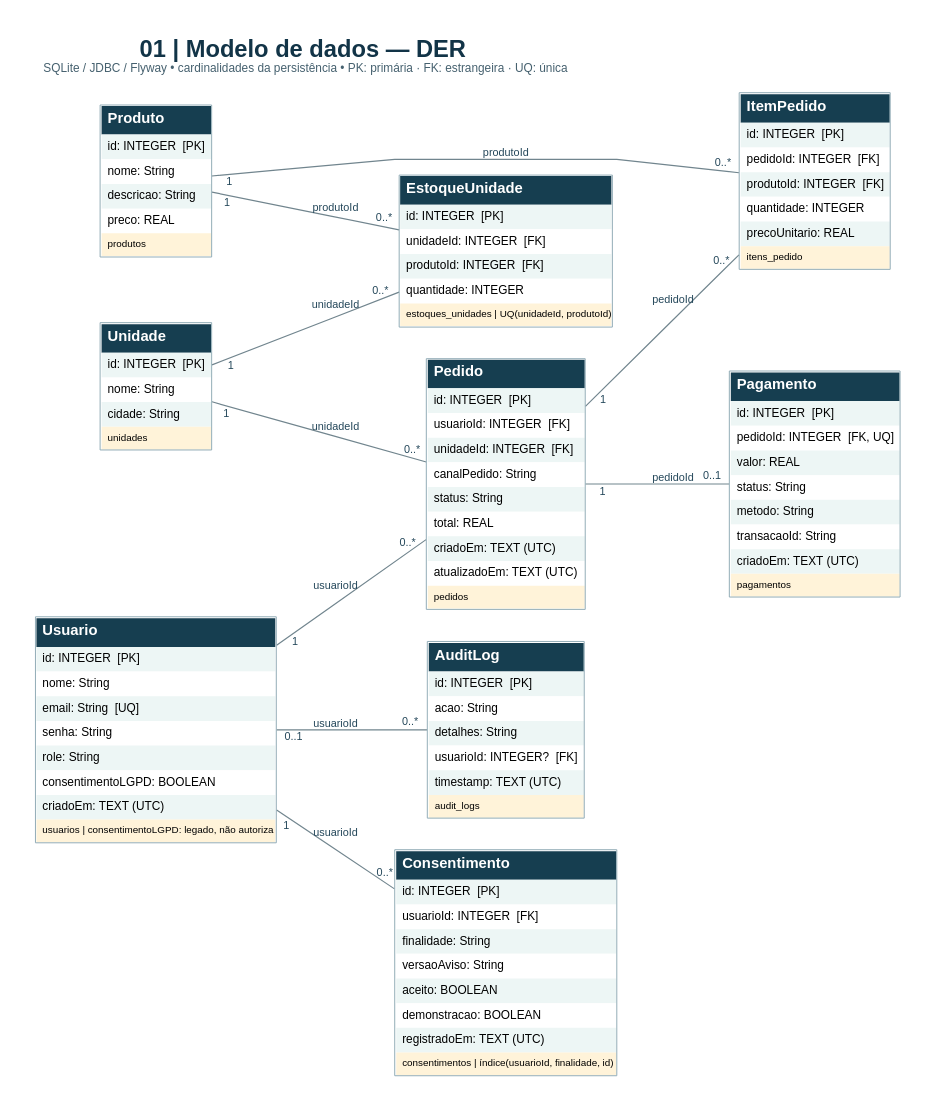
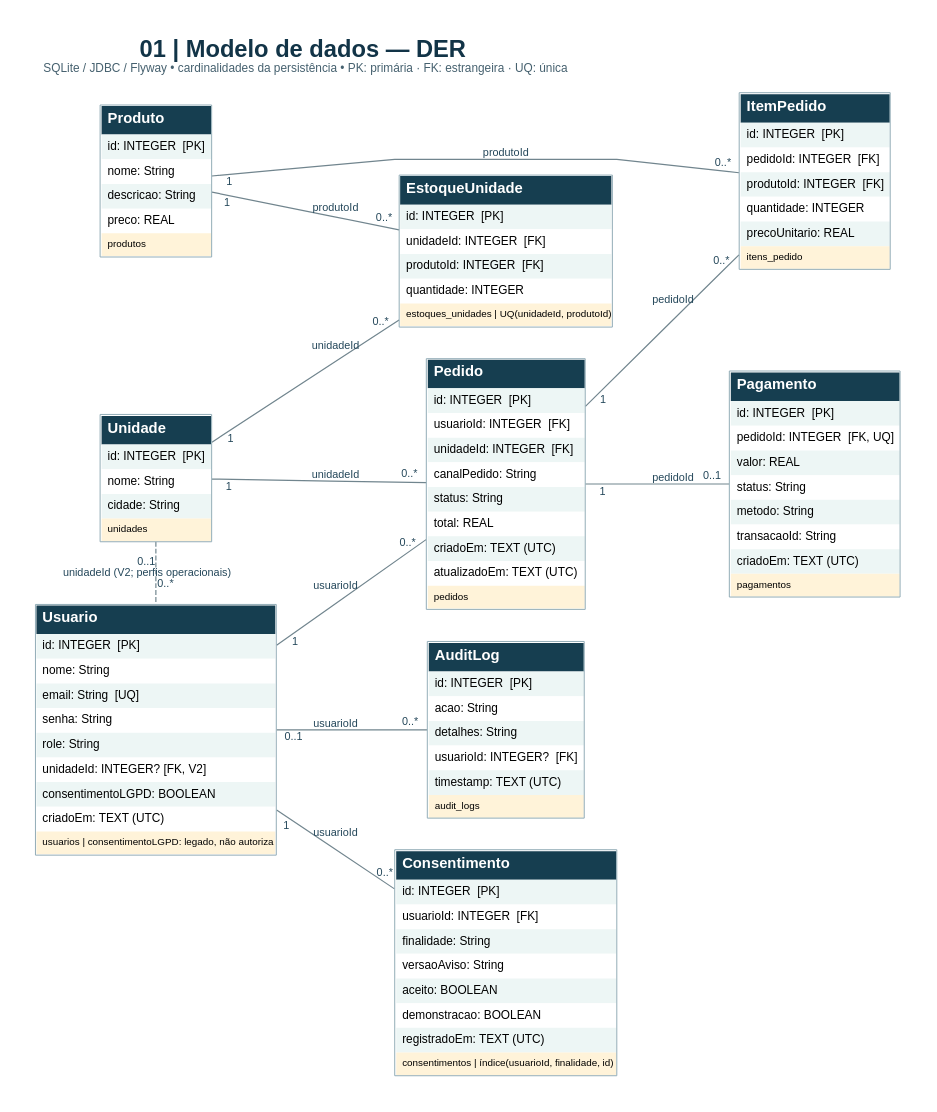
The diagram in docs/diagramas/01_der.dot (angelicafolgado/raizes-do-nordeste), drawn with Graphviz before and after one commit. The commit also changed 30 other files, not shown here.

```diff
--- a/docs/diagramas/01_der.dot
+++ b/docs/diagramas/01_der.dot
@@ -1,26 +1,27 @@
 digraph G {
 graph [rankdir=LR, bgcolor="white", pad="0.4", nodesep="0.45", ranksep="1.0", splines=polyline, outputorder=edgesfirst, fontname="Arial", labelloc=t, labeljust=l, label=<<FONT POINT-SIZE="24" COLOR="#123447"><B>01 | Modelo de dados — DER</B></FONT><BR/><FONT POINT-SIZE="12" COLOR="#46616f">SQLite / JDBC / Flyway • cardinalidades da persistência • PK: primária · FK: estrangeira · UQ: única</FONT><BR/><BR/>>];
 node [shape=plain, fontname="Arial", fontsize=12];
 edge [fontname="Arial", fontsize=11, color="#71858e", fontcolor="#24475a", penwidth=1.2, arrowsize=0.7];
-Usuario [label=<<TABLE BORDER="1" COLOR="#92acb6" CELLBORDER="0" CELLSPACING="0" CELLPADDING="6"><TR><TD ALIGN="LEFT" BGCOLOR="#163e50"><FONT COLOR="white" POINT-SIZE="15"><B>Usuario</B></FONT></TD></TR><TR><TD ALIGN="LEFT" BGCOLOR="#edf6f5">id: INTEGER  [PK]</TD></TR><TR><TD ALIGN="LEFT" BGCOLOR="#ffffff">nome: String</TD></TR><TR><TD ALIGN="LEFT" BGCOLOR="#edf6f5">email: String  [UQ]</TD></TR><TR><TD ALIGN="LEFT" BGCOLOR="#ffffff">senha: String</TD></TR><TR><TD ALIGN="LEFT" BGCOLOR="#edf6f5">role: String</TD></TR><TR><TD ALIGN="LEFT" BGCOLOR="#ffffff">consentimentoLGPD: BOOLEAN</TD></TR><TR><TD ALIGN="LEFT" BGCOLOR="#edf6f5">criadoEm: TEXT (UTC)</TD></TR><TR><TD ALIGN="LEFT" BGCOLOR="#fff3d9"><FONT POINT-SIZE="10">usuarios | consentimentoLGPD: legado, não autoriza</FONT></TD></TR></TABLE>>];
+Usuario [label=<<TABLE BORDER="1" COLOR="#92acb6" CELLBORDER="0" CELLSPACING="0" CELLPADDING="6"><TR><TD ALIGN="LEFT" BGCOLOR="#163e50"><FONT COLOR="white" POINT-SIZE="15"><B>Usuario</B></FONT></TD></TR><TR><TD ALIGN="LEFT" BGCOLOR="#edf6f5">id: INTEGER  [PK]</TD></TR><TR><TD ALIGN="LEFT" BGCOLOR="#ffffff">nome: String</TD></TR><TR><TD ALIGN="LEFT" BGCOLOR="#edf6f5">email: String  [UQ]</TD></TR><TR><TD ALIGN="LEFT" BGCOLOR="#ffffff">senha: String</TD></TR><TR><TD ALIGN="LEFT" BGCOLOR="#edf6f5">role: String</TD></TR><TR><TD ALIGN="LEFT" BGCOLOR="#ffffff">unidadeId: INTEGER? [FK, V2]</TD></TR><TR><TD ALIGN="LEFT" BGCOLOR="#edf6f5">consentimentoLGPD: BOOLEAN</TD></TR><TR><TD ALIGN="LEFT" BGCOLOR="#ffffff">criadoEm: TEXT (UTC)</TD></TR><TR><TD ALIGN="LEFT" BGCOLOR="#fff3d9"><FONT POINT-SIZE="10">usuarios | consentimentoLGPD: legado, não autoriza</FONT></TD></TR></TABLE>>];
 Unidade [label=<<TABLE BORDER="1" COLOR="#92acb6" CELLBORDER="0" CELLSPACING="0" CELLPADDING="6"><TR><TD ALIGN="LEFT" BGCOLOR="#163e50"><FONT COLOR="white" POINT-SIZE="15"><B>Unidade</B></FONT></TD></TR><TR><TD ALIGN="LEFT" BGCOLOR="#edf6f5">id: INTEGER  [PK]</TD></TR><TR><TD ALIGN="LEFT" BGCOLOR="#ffffff">nome: String</TD></TR><TR><TD ALIGN="LEFT" BGCOLOR="#edf6f5">cidade: String</TD></TR><TR><TD ALIGN="LEFT" BGCOLOR="#fff3d9"><FONT POINT-SIZE="10">unidades</FONT></TD></TR></TABLE>>];
 Produto [label=<<TABLE BORDER="1" COLOR="#92acb6" CELLBORDER="0" CELLSPACING="0" CELLPADDING="6"><TR><TD ALIGN="LEFT" BGCOLOR="#163e50"><FONT COLOR="white" POINT-SIZE="15"><B>Produto</B></FONT></TD></TR><TR><TD ALIGN="LEFT" BGCOLOR="#edf6f5">id: INTEGER  [PK]</TD></TR><TR><TD ALIGN="LEFT" BGCOLOR="#ffffff">nome: String</TD></TR><TR><TD ALIGN="LEFT" BGCOLOR="#edf6f5">descricao: String</TD></TR><TR><TD ALIGN="LEFT" BGCOLOR="#ffffff">preco: REAL</TD></TR><TR><TD ALIGN="LEFT" BGCOLOR="#fff3d9"><FONT POINT-SIZE="10">produtos</FONT></TD></TR></TABLE>>];
 EstoqueUnidade [label=<<TABLE BORDER="1" COLOR="#92acb6" CELLBORDER="0" CELLSPACING="0" CELLPADDING="6"><TR><TD ALIGN="LEFT" BGCOLOR="#163e50"><FONT COLOR="white" POINT-SIZE="15"><B>EstoqueUnidade</B></FONT></TD></TR><TR><TD ALIGN="LEFT" BGCOLOR="#edf6f5">id: INTEGER  [PK]</TD></TR><TR><TD ALIGN="LEFT" BGCOLOR="#ffffff">unidadeId: INTEGER  [FK]</TD></TR><TR><TD ALIGN="LEFT" BGCOLOR="#edf6f5">produtoId: INTEGER  [FK]</TD></TR><TR><TD ALIGN="LEFT" BGCOLOR="#ffffff">quantidade: INTEGER</TD></TR><TR><TD ALIGN="LEFT" BGCOLOR="#fff3d9"><FONT POINT-SIZE="10">estoques_unidades | UQ(unidadeId, produtoId)</FONT></TD></TR></TABLE>>];
 Pedido [label=<<TABLE BORDER="1" COLOR="#92acb6" CELLBORDER="0" CELLSPACING="0" CELLPADDING="6"><TR><TD ALIGN="LEFT" BGCOLOR="#163e50"><FONT COLOR="white" POINT-SIZE="15"><B>Pedido</B></FONT></TD></TR><TR><TD ALIGN="LEFT" BGCOLOR="#edf6f5">id: INTEGER  [PK]</TD></TR><TR><TD ALIGN="LEFT" BGCOLOR="#ffffff">usuarioId: INTEGER  [FK]</TD></TR><TR><TD ALIGN="LEFT" BGCOLOR="#edf6f5">unidadeId: INTEGER  [FK]</TD></TR><TR><TD ALIGN="LEFT" BGCOLOR="#ffffff">canalPedido: String</TD></TR><TR><TD ALIGN="LEFT" BGCOLOR="#edf6f5">status: String</TD></TR><TR><TD ALIGN="LEFT" BGCOLOR="#ffffff">total: REAL</TD></TR><TR><TD ALIGN="LEFT" BGCOLOR="#edf6f5">criadoEm: TEXT (UTC)</TD></TR><TR><TD ALIGN="LEFT" BGCOLOR="#ffffff">atualizadoEm: TEXT (UTC)</TD></TR><TR><TD ALIGN="LEFT" BGCOLOR="#fff3d9"><FONT POINT-SIZE="10">pedidos</FONT></TD></TR></TABLE>>];
 ItemPedido [label=<<TABLE BORDER="1" COLOR="#92acb6" CELLBORDER="0" CELLSPACING="0" CELLPADDING="6"><TR><TD ALIGN="LEFT" BGCOLOR="#163e50"><FONT COLOR="white" POINT-SIZE="15"><B>ItemPedido</B></FONT></TD></TR><TR><TD ALIGN="LEFT" BGCOLOR="#edf6f5">id: INTEGER  [PK]</TD></TR><TR><TD ALIGN="LEFT" BGCOLOR="#ffffff">pedidoId: INTEGER  [FK]</TD></TR><TR><TD ALIGN="LEFT" BGCOLOR="#edf6f5">produtoId: INTEGER  [FK]</TD></TR><TR><TD ALIGN="LEFT" BGCOLOR="#ffffff">quantidade: INTEGER</TD></TR><TR><TD ALIGN="LEFT" BGCOLOR="#edf6f5">precoUnitario: REAL</TD></TR><TR><TD ALIGN="LEFT" BGCOLOR="#fff3d9"><FONT POINT-SIZE="10">itens_pedido</FONT></TD></TR></TABLE>>];
 Pagamento [label=<<TABLE BORDER="1" COLOR="#92acb6" CELLBORDER="0" CELLSPACING="0" CELLPADDING="6"><TR><TD ALIGN="LEFT" BGCOLOR="#163e50"><FONT COLOR="white" POINT-SIZE="15"><B>Pagamento</B></FONT></TD></TR><TR><TD ALIGN="LEFT" BGCOLOR="#edf6f5">id: INTEGER  [PK]</TD></TR><TR><TD ALIGN="LEFT" BGCOLOR="#ffffff">pedidoId: INTEGER  [FK, UQ]</TD></TR><TR><TD ALIGN="LEFT" BGCOLOR="#edf6f5">valor: REAL</TD></TR><TR><TD ALIGN="LEFT" BGCOLOR="#ffffff">status: String</TD></TR><TR><TD ALIGN="LEFT" BGCOLOR="#edf6f5">metodo: String</TD></TR><TR><TD ALIGN="LEFT" BGCOLOR="#ffffff">transacaoId: String</TD></TR><TR><TD ALIGN="LEFT" BGCOLOR="#edf6f5">criadoEm: TEXT (UTC)</TD></TR><TR><TD ALIGN="LEFT" BGCOLOR="#fff3d9"><FONT POINT-SIZE="10">pagamentos</FONT></TD></TR></TABLE>>];
 AuditLog [label=<<TABLE BORDER="1" COLOR="#92acb6" CELLBORDER="0" CELLSPACING="0" CELLPADDING="6"><TR><TD ALIGN="LEFT" BGCOLOR="#163e50"><FONT COLOR="white" POINT-SIZE="15"><B>AuditLog</B></FONT></TD></TR><TR><TD ALIGN="LEFT" BGCOLOR="#edf6f5">id: INTEGER  [PK]</TD></TR><TR><TD ALIGN="LEFT" BGCOLOR="#ffffff">acao: String</TD></TR><TR><TD ALIGN="LEFT" BGCOLOR="#edf6f5">detalhes: String</TD></TR><TR><TD ALIGN="LEFT" BGCOLOR="#ffffff">usuarioId: INTEGER?  [FK]</TD></TR><TR><TD ALIGN="LEFT" BGCOLOR="#edf6f5">timestamp: TEXT (UTC)</TD></TR><TR><TD ALIGN="LEFT" BGCOLOR="#fff3d9"><FONT POINT-SIZE="10">audit_logs</FONT></TD></TR></TABLE>>];
 Consentimento [label=<<TABLE BORDER="1" COLOR="#92acb6" CELLBORDER="0" CELLSPACING="0" CELLPADDING="6"><TR><TD ALIGN="LEFT" BGCOLOR="#163e50"><FONT COLOR="white" POINT-SIZE="15"><B>Consentimento</B></FONT></TD></TR><TR><TD ALIGN="LEFT" BGCOLOR="#edf6f5">id: INTEGER  [PK]</TD></TR><TR><TD ALIGN="LEFT" BGCOLOR="#ffffff">usuarioId: INTEGER  [FK]</TD></TR><TR><TD ALIGN="LEFT" BGCOLOR="#edf6f5">finalidade: String</TD></TR><TR><TD ALIGN="LEFT" BGCOLOR="#ffffff">versaoAviso: String</TD></TR><TR><TD ALIGN="LEFT" BGCOLOR="#edf6f5">aceito: BOOLEAN</TD></TR><TR><TD ALIGN="LEFT" BGCOLOR="#ffffff">demonstracao: BOOLEAN</TD></TR><TR><TD ALIGN="LEFT" BGCOLOR="#edf6f5">registradoEm: TEXT (UTC)</TD></TR><TR><TD ALIGN="LEFT" BGCOLOR="#fff3d9"><FONT POINT-SIZE="10">consentimentos | índice(usuarioId, finalidade, id)</FONT></TD></TR></TABLE>>];
 Unidade -> EstoqueUnidade [dir=none, taillabel="1", headlabel="0..*", label="unidadeId", labeldistance=1.9];
 Produto -> EstoqueUnidade [dir=none, taillabel="1", headlabel="0..*", label="produtoId", labeldistance=1.9];
 Usuario -> Pedido [dir=none, taillabel="1", headlabel="0..*", label="usuarioId", labeldistance=1.9];
+Unidade -> Usuario [dir=none, taillabel="0..1", headlabel="0..*", label="unidadeId (V2; perfis operacionais)", labeldistance=2.3, style=dashed];
 Unidade -> Pedido [dir=none, taillabel="1", headlabel="0..*", label="unidadeId", labeldistance=1.9];
 Pedido -> ItemPedido [dir=none, taillabel="1", headlabel="0..*", label="pedidoId", labeldistance=1.9];
 Produto -> ItemPedido [dir=none, taillabel="1", headlabel="0..*", label="produtoId", labeldistance=1.9];
 Pedido -> Pagamento [dir=none, taillabel="1", headlabel="0..1", label="pedidoId", labeldistance=1.9];
 Usuario -> AuditLog [dir=none, taillabel="0..1", headlabel="0..*", label="usuarioId", labeldistance=1.9];
 Usuario -> Consentimento [dir=none, taillabel="1", headlabel="0..*", label="usuarioId", labeldistance=1.9];
 {rank=same; Usuario; Unidade; Produto;}
 {rank=same; Pedido; EstoqueUnidade; Consentimento; AuditLog;}
 {rank=same; ItemPedido; Pagamento;}
 }
```
